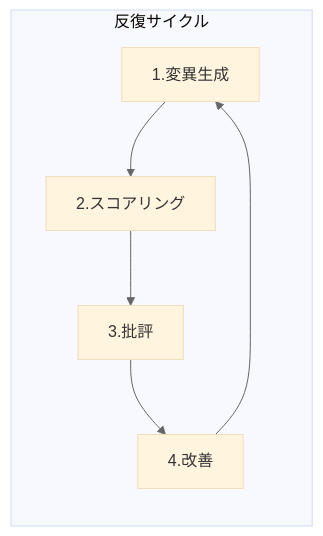
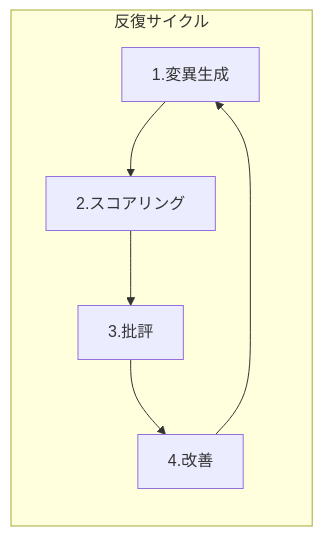
One commit to nomhiro/zenn-blog changed the second of 5 diagrams in articles/promptwizard-vs-agentlightning.md. Above: the diagram before and after it, drawn with Mermaid. The commit also changed other lines of this file, not shown here.

````diff
--- a/articles/promptwizard-vs-agentlightning.md
+++ b/articles/promptwizard-vs-agentlightning.md
@@ -109,8 +103,7 @@
 ```mermaid
-%%{init: {'theme': 'base', 'themeVariables': { 'primaryTextColor': '#333', 'lineColor': '#666' }}}%%
 flowchart TB
     subgraph Loop["反復サイクル"]
         direction TB
         V[1.変異生成] --> S[2.スコアリング] --> C[3.批評] --> I[4.改善] --> V
     end
 ```
````
